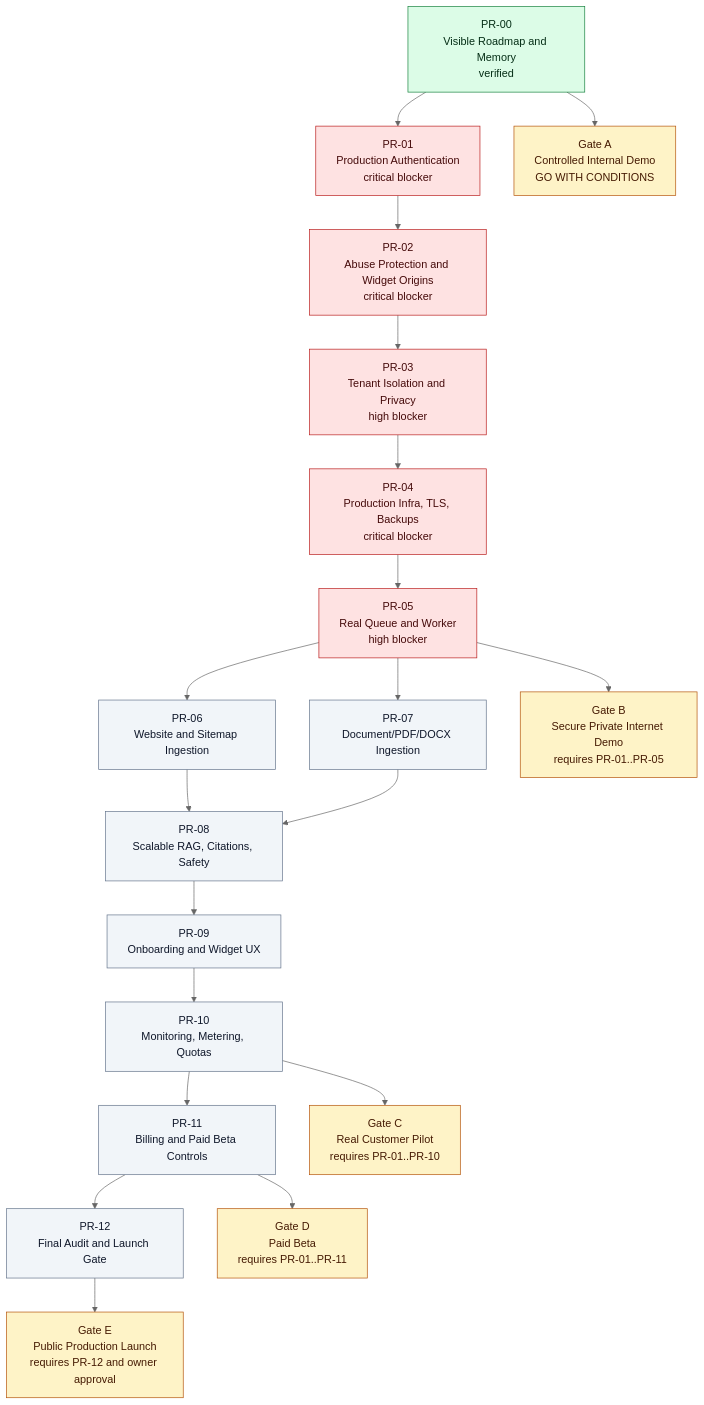
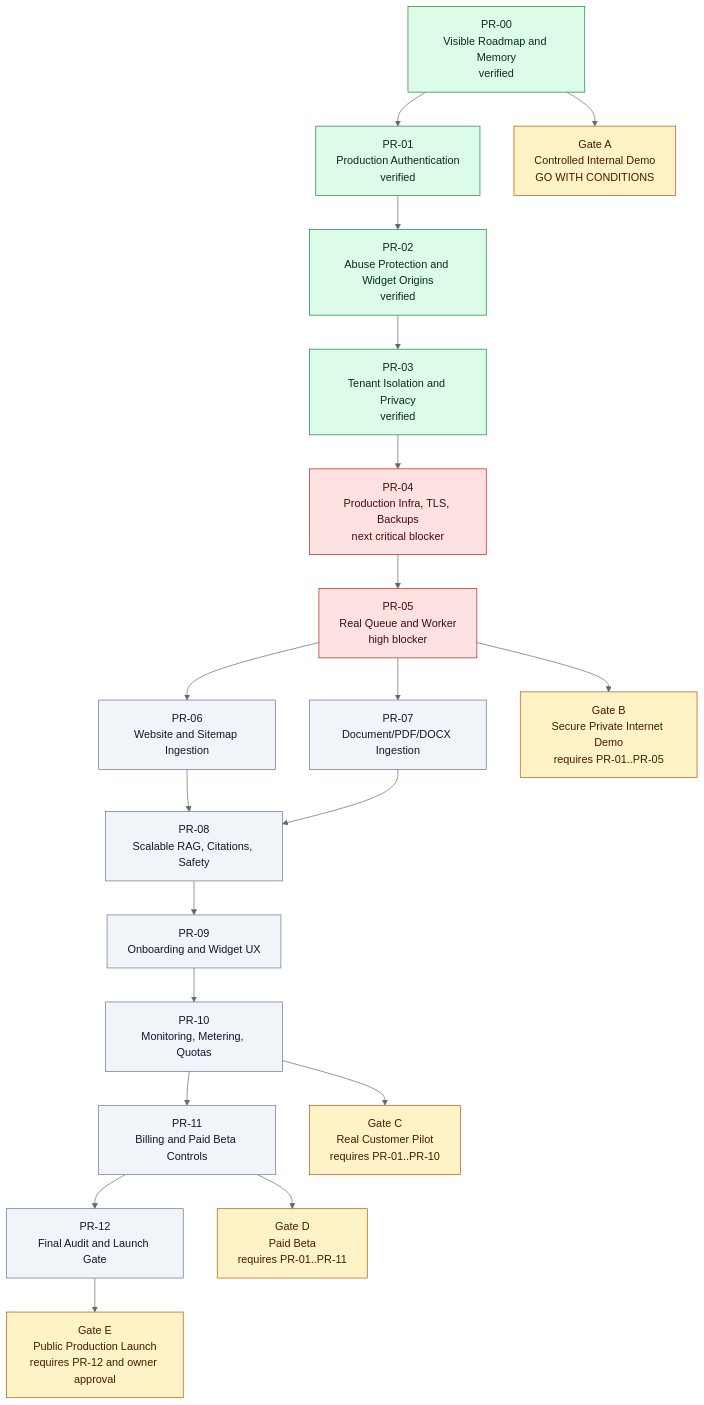
The diagram in production-control/03_PHASE_DEPENDENCY_GRAPH.md (Tauhid-dev/AI-Magnet), drawn with Mermaid (neutral theme) before and after one commit. The commit also changed 34 other files, not shown here.

Commit message:
Production phase PR-03: tenant privacy and integrity

````diff
--- a/production-control/03_PHASE_DEPENDENCY_GRAPH.md
+++ b/production-control/03_PHASE_DEPENDENCY_GRAPH.md
@@ -5,45 +5,45 @@
 ```mermaid
 flowchart TB
     PR00["PR-00<br/>Visible Roadmap and Memory<br/>verified"]
-    PR01["PR-01<br/>Production Authentication<br/>critical blocker"]
-    PR02["PR-02<br/>Abuse Protection and Widget Origins<br/>critical blocker"]
-    PR03["PR-03<br/>Tenant Isolation and Privacy<br/>high blocker"]
-    PR04["PR-04<br/>Production Infra, TLS, Backups<br/>critical blocker"]
+    PR01["PR-01<br/>Production Authentication<br/>verified"]
+    PR02["PR-02<br/>Abuse Protection and Widget Origins<br/>verified"]
+    PR03["PR-03<br/>Tenant Isolation and Privacy<br/>verified"]
+    PR04["PR-04<br/>Production Infra, TLS, Backups<br/>next critical blocker"]
     PR05["PR-05<br/>Real Queue and Worker<br/>high blocker"]
     PR06["PR-06<br/>Website and Sitemap Ingestion"]
     PR07["PR-07<br/>Document/PDF/DOCX Ingestion"]
     PR08["PR-08<br/>Scalable RAG, Citations, Safety"]
     PR09["PR-09<br/>Onboarding and Widget UX"]
     PR10["PR-10<br/>Monitoring, Metering, Quotas"]
     PR11["PR-11<br/>Billing and Paid Beta Controls"]
     PR12["PR-12<br/>Final Audit and Launch Gate"]
 
     GateA["Gate A<br/>Controlled Internal Demo<br/>GO WITH CONDITIONS"]
     GateB["Gate B<br/>Secure Private Internet Demo<br/>requires PR-01..PR-05"]
     GateC["Gate C<br/>Real Customer Pilot<br/>requires PR-01..PR-10"]
     GateD["Gate D<br/>Paid Beta<br/>requires PR-01..PR-11"]
     GateE["Gate E<br/>Public Production Launch<br/>requires PR-12 and owner approval"]
 
     PR00 --> PR01 --> PR02 --> PR03 --> PR04 --> PR05
     PR05 --> PR06
     PR05 --> PR07
     PR06 --> PR08
     PR07 --> PR08
     PR08 --> PR09 --> PR10 --> PR11 --> PR12
 
     PR00 --> GateA
     PR05 --> GateB
     PR10 --> GateC
     PR11 --> GateD
     PR12 --> GateE
 
     classDef verified fill:#dcfce7,stroke:#15803d,color:#052e16
     classDef blocker fill:#fee2e2,stroke:#b91c1c,color:#450a0a
     classDef notStarted fill:#f1f5f9,stroke:#64748b,color:#0f172a
     classDef gate fill:#fef3c7,stroke:#b45309,color:#451a03
 
-    class PR00 verified
-    class PR01,PR02,PR03,PR04,PR05 blocker
+    class PR00,PR01,PR02,PR03 verified
+    class PR04,PR05 blocker
     class PR06,PR07,PR08,PR09,PR10,PR11,PR12 notStarted
     class GateA,GateB,GateC,GateD,GateE gate
 ```
````
